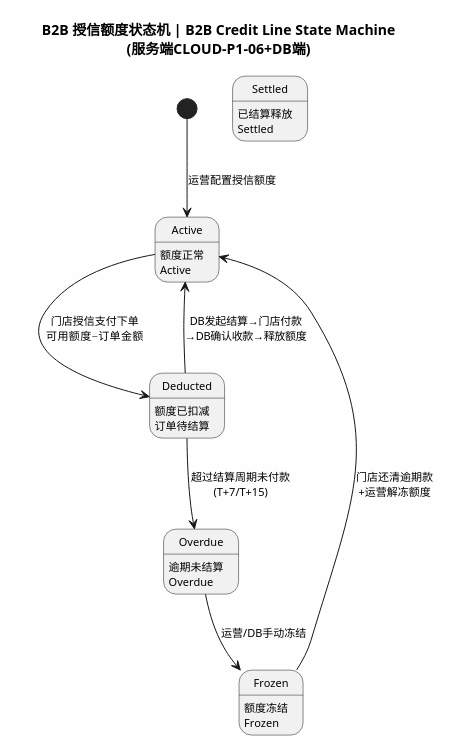
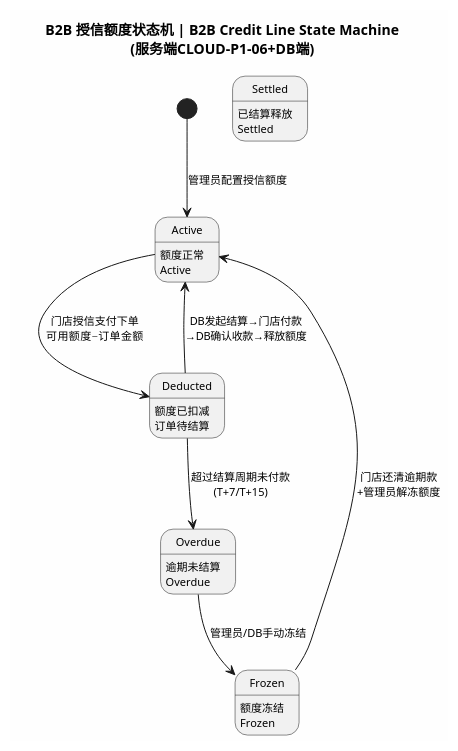
Before and after one commit to zihaoRed/Dobara: the eighth of 9 diagrams in UML/state_machine_all.puml, drawn with PlantUML. The commit also changed other lines of this file and 24 other files, not shown here.

```diff
--- a/UML/state_machine_all.puml
+++ b/UML/state_machine_all.puml
@@ -277,24 +277,24 @@
 @startuml 授信额度状态机
 skinparam backgroundColor #FEFEFE
 skinparam defaultFontSize 11
 
 title B2B 授信额度状态机 | B2B Credit Line State Machine\n(服务端CLOUD-P1-06+DB端)
 
-[*] --> Active : 运营配置授信额度
+[*] --> Active : 管理员配置授信额度
 
 state Active : 额度正常\nActive
 state Deducted : 额度已扣减\n订单待结算
 state Overdue : 逾期未结算\nOverdue
 state Frozen : 额度冻结\nFrozen
 state Settled : 已结算释放\nSettled
 
 Active --> Deducted : 门店授信支付下单\n可用额度−订单金额
 
 Deducted --> Active : DB发起结算→门店付款\n→DB确认收款→释放额度
 Deducted --> Overdue : 超过结算周期未付款\n(T+7/T+15)
 
-Overdue --> Frozen : 运营/DB手动冻结
+Overdue --> Frozen : 管理员/DB手动冻结
 
-Frozen --> Active : 门店还清逾期款\n+运营解冻额度
+Frozen --> Active : 门店还清逾期款\n+管理员解冻额度
 
 @enduml
```
